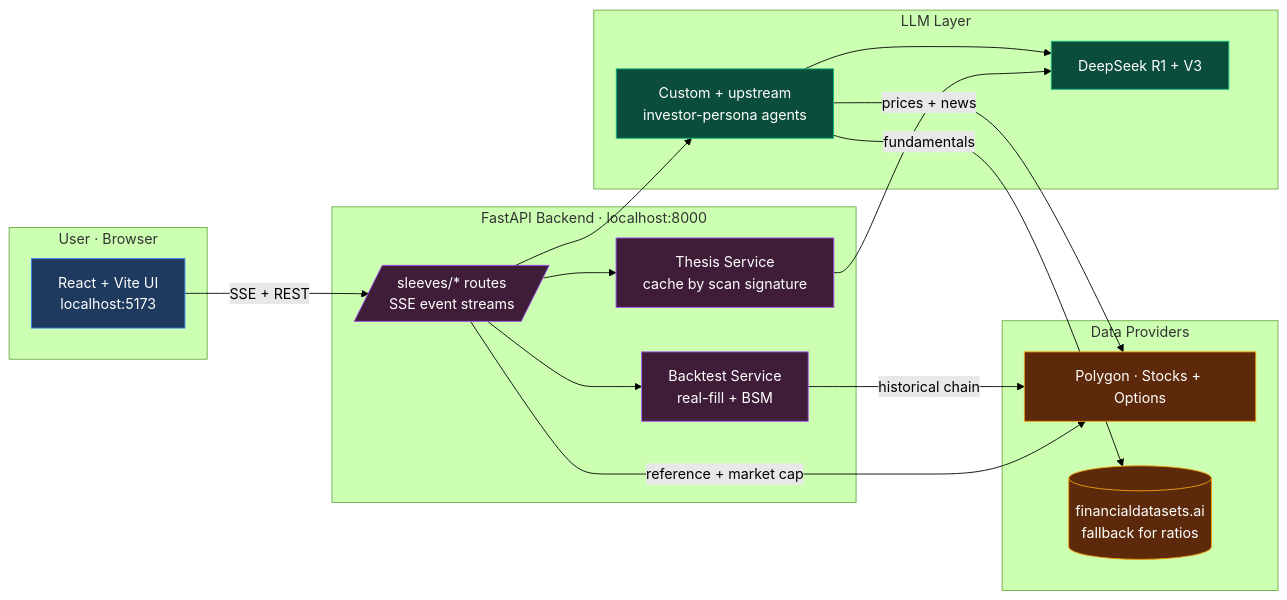
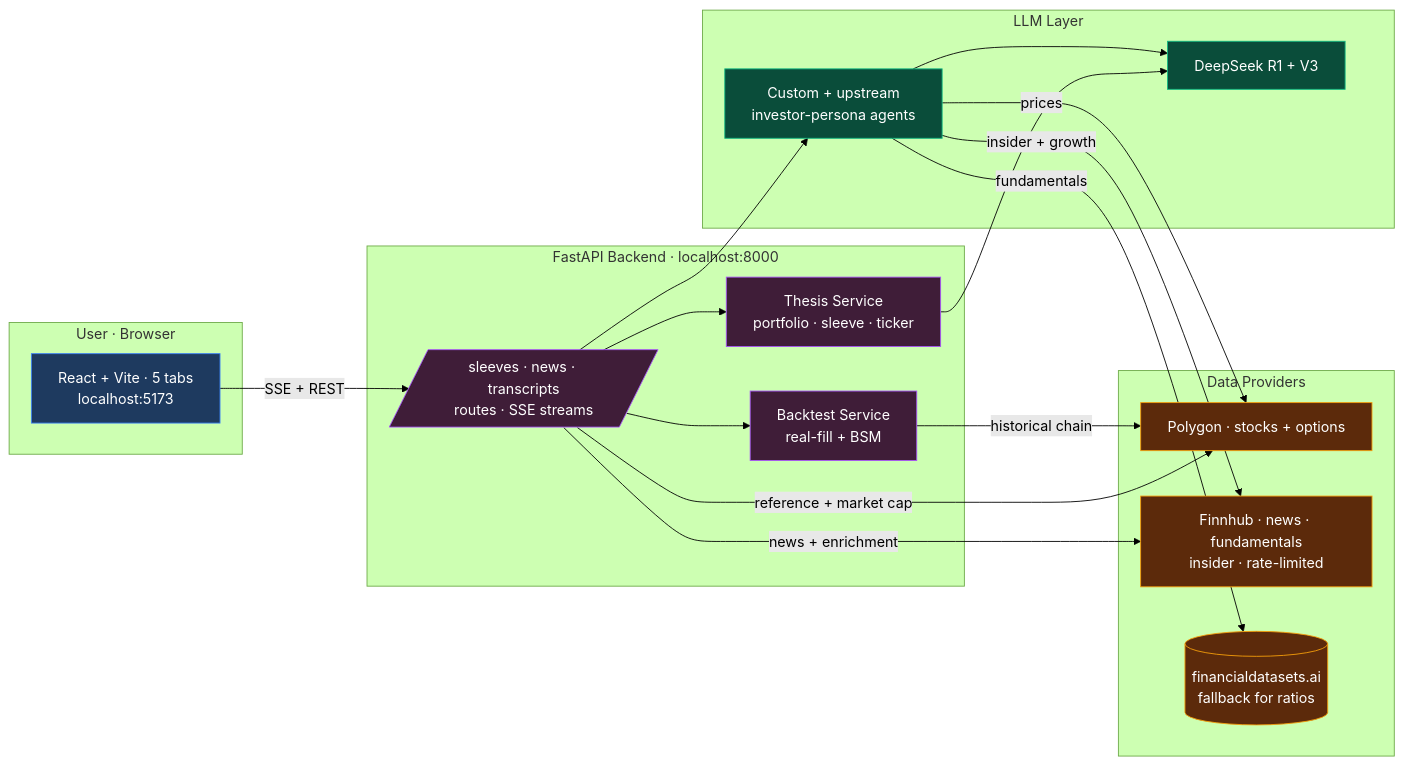
The first of 2 diagrams in README.md (ronitg1/alpha-terminal), drawn with Mermaid (forest theme) before and after one commit. The commit also changed other lines of this file and 69 other files, not shown here.

First line of the commit message:
feat: v0.2.1 — sleeve/portfolio thesis, legacy IDE-shell removal, README refresh

````diff
--- a/README.md
+++ b/README.md
@@ -223,42 +229,45 @@
 ```mermaid
 flowchart LR
   subgraph User["User · Browser"]
-    UI[React + Vite UI<br/>localhost:5173]
+    UI[React + Vite · 5 tabs<br/>localhost:5173]
   end
 
   subgraph Backend["FastAPI Backend · localhost:8000"]
-    Routes[/sleeves/* routes<br/>SSE event streams/]
-    ThesisSvc[Thesis Service<br/>cache by scan signature]
+    Routes[/sleeves · news · transcripts<br/>routes · SSE streams/]
+    ThesisSvc[Thesis Service<br/>portfolio · sleeve · ticker]
     BacktestSvc[Backtest Service<br/>real-fill + BSM]
   end
 
   subgraph LLM["LLM Layer"]
     DS[DeepSeek R1 + V3]
     Agents[Custom + upstream<br/>investor-persona agents]
   end
 
   subgraph Data["Data Providers"]
-    PG[Polygon · Stocks + Options]
+    PG[Polygon · stocks + options]
+    FH[Finnhub · news · fundamentals<br/>insider · rate-limited]
     FDS[(financialdatasets.ai<br/>fallback for ratios)]
   end
 
   UI -->|SSE + REST| Routes
   Routes --> ThesisSvc
   Routes --> BacktestSvc
   Routes --> Agents
   Agents --> DS
   ThesisSvc --> DS
-  Agents -->|prices + news| PG
+  Agents -->|prices| PG
   Agents -->|fundamentals| FDS
+  Agents -->|insider + growth| FH
+  Routes -->|news + enrichment| FH
   BacktestSvc -->|historical chain| PG
   Routes -->|reference + market cap| PG
 
   classDef user fill:#1e3a5f,stroke:#3b82f6,color:#fff
   classDef backend fill:#3f1d38,stroke:#a855f7,color:#fff
   classDef llm fill:#0a4d3a,stroke:#10b981,color:#fff
   classDef data fill:#5c2a0b,stroke:#f59e0b,color:#fff
   class UI user
   class Routes,ThesisSvc,BacktestSvc backend
   class DS,Agents llm
-  class PG,FDS data
+  class PG,FH,FDS data
 ```
````
